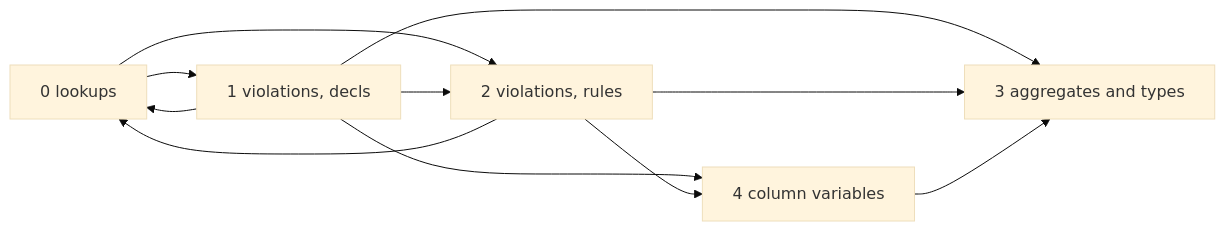
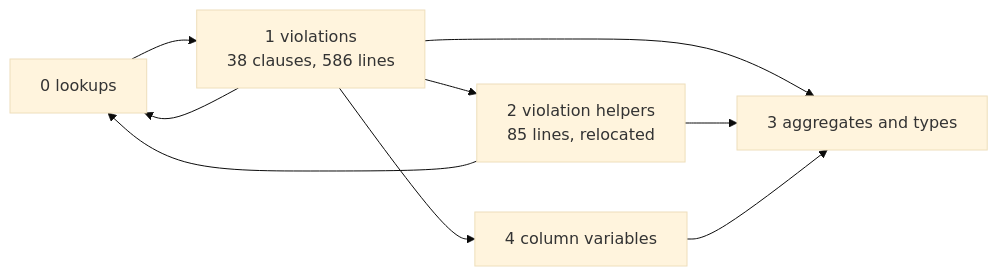
The seventh of 13 diagrams in plans/2026-08-24-prolog-split.PLAN.visual.human.unga.md (hafley66/sprefa), drawn with Mermaid (base theme) before and after one commit. The commit also changed other lines of this file and 10 other files, not shown here.

````diff
--- a/plans/2026-08-24-prolog-split.PLAN.visual.human.unga.md
+++ b/plans/2026-08-24-prolog-split.PLAN.visual.human.unga.md
@@ -194,13 +208,11 @@
 ```mermaid
 flowchart LR
-  L["0 lookups"] --> D["1 violations, decls"]
-  L --> R["2 violations, rules"]
-  D --> L
-  D --> R
-  D --> A["3 aggregates and types"]
-  D --> C["4 column variables"]
-  R --> L
-  R --> A
-  R --> C
+  L["0 lookups"] --> V["1 violations<br/>38 clauses, 586 lines"]
+  V --> L
+  V --> H["2 violation helpers<br/>85 lines, relocated"]
+  V --> A["3 aggregates and types"]
+  V --> C["4 column variables"]
+  H --> L
+  H --> A
   C --> A
 ```
````
